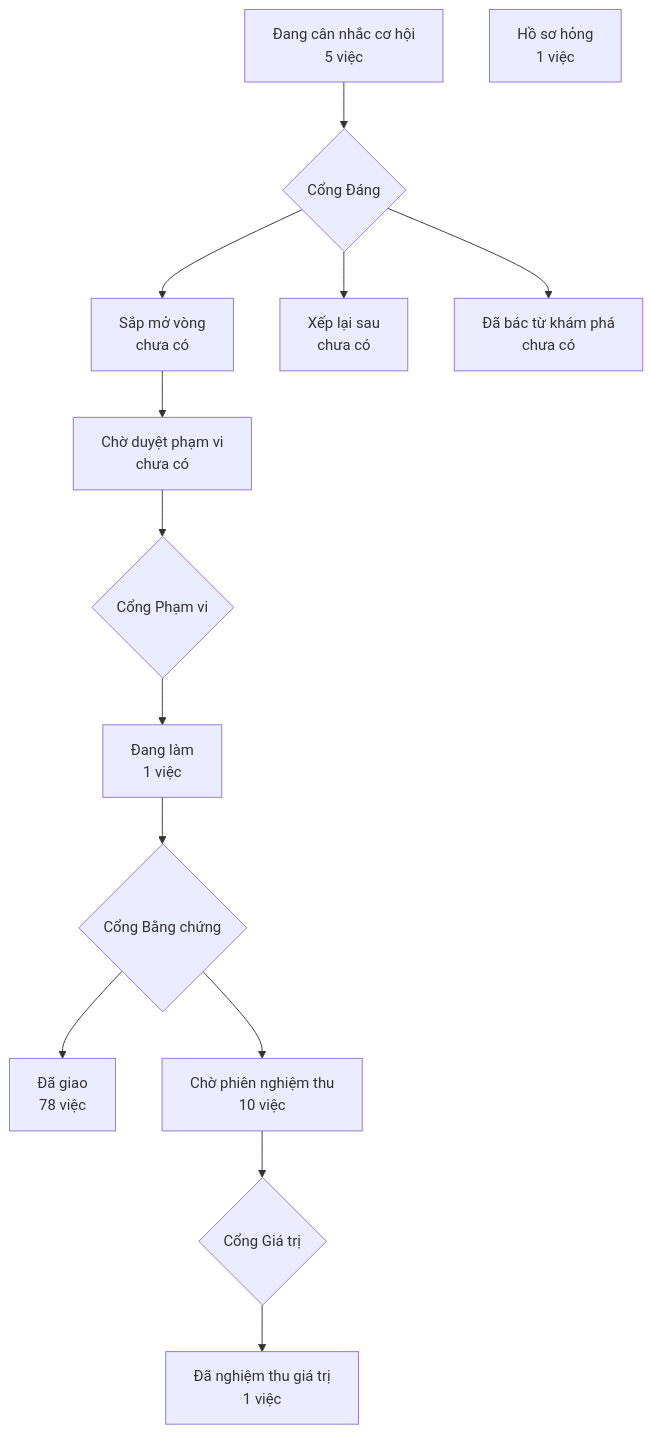
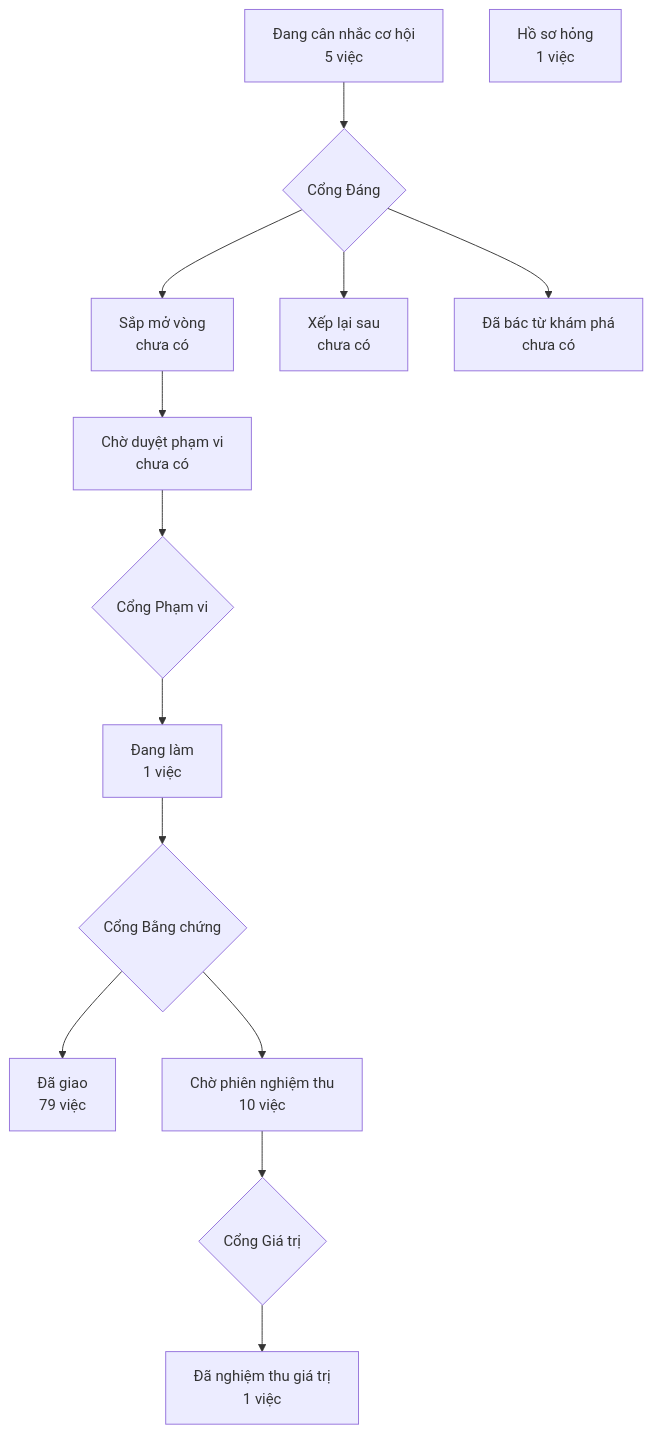
The diagram in PRODUCT-MAP.md (phanlemanh/crm-onehub), drawn with Mermaid before and after one commit. The commit also changed other lines of this file and 3 other files, not shown here.

````diff
--- a/PRODUCT-MAP.md
+++ b/PRODUCT-MAP.md
@@ -6,13 +6,13 @@
 ```mermaid
 flowchart TD
   A["Đang cân nhắc cơ hội<br/>5 việc"] --> GD{"Cổng Đáng"}
   GD --> B["Sắp mở vòng<br/>chưa có"]
   GD --> XL["Xếp lại sau<br/>chưa có"]
   GD --> DB["Đã bác từ khám phá<br/>chưa có"]
   B --> CD["Chờ duyệt phạm vi<br/>chưa có"] --> GP{"Cổng Phạm vi"}
   GP --> DL["Đang làm<br/>1 việc"] --> GB{"Cổng Bằng chứng"}
-  GB --> DG["Đã giao<br/>78 việc"]
+  GB --> DG["Đã giao<br/>79 việc"]
   GB --> CN["Chờ phiên nghiệm thu<br/>10 việc"] --> GG{"Cổng Giá trị"}
   GG --> NT["Đã nghiệm thu giá trị<br/>1 việc"]
   HS["Hồ sơ hỏng<br/>1 việc"]
 ```
````
